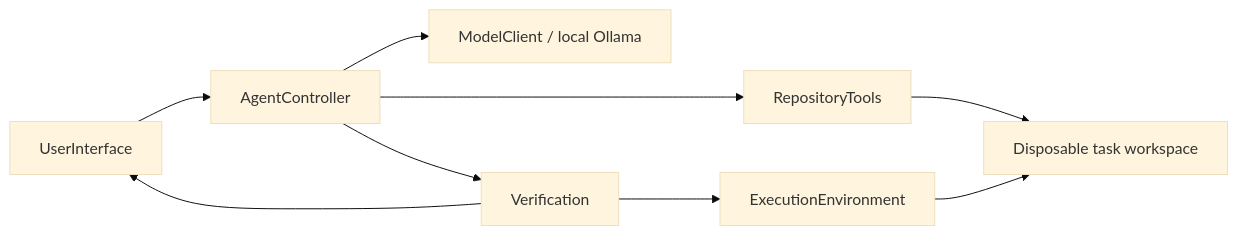
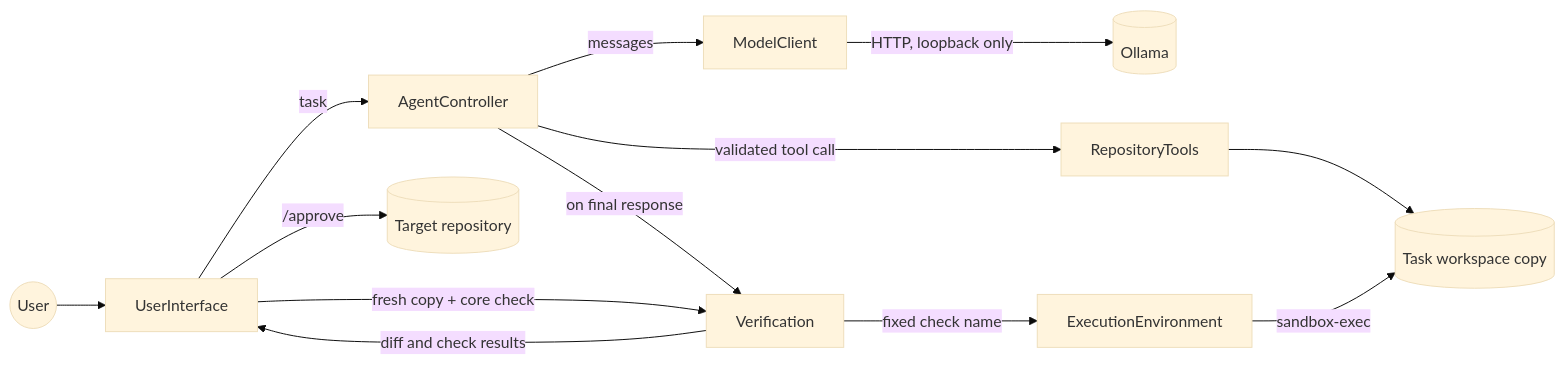
Before and after one commit to d-zangerl/semester-project: the first of 3 diagrams in README.md, drawn with Mermaid (base theme). The commit also changed other lines of this file, not shown here.

Commit message:
Document setup, workflow, safety, and diagrams

````diff
--- a/README.md
+++ b/README.md
@@ -38,11 +84,15 @@
 ```mermaid
 flowchart LR
-  UI[UserInterface] --> AC[AgentController]
-  AC --> MC[ModelClient / local Ollama]
-  AC --> RT[RepositoryTools]
-  AC --> V[Verification]
-  V --> EE[ExecutionEnvironment]
-  RT --> W[Disposable task workspace]
-  EE --> W
-  V --> UI
+  User((User)) --> UI[UserInterface]
+  UI -->|task| AC[AgentController]
+  AC -->|messages| MC[ModelClient]
+  MC -->|HTTP, loopback only| OL[(Ollama)]
+  AC -->|validated tool call| RT[RepositoryTools]
+  RT --> W[(Task workspace copy)]
+  AC -->|on final response| V[Verification]
+  V -->|fixed check name| EE[ExecutionEnvironment]
+  EE -->|sandbox-exec| W
+  V -->|diff and check results| UI
+  UI -->|/approve| T[(Target repository)]
+  UI -->|fresh copy + core check| V
 ```
````
